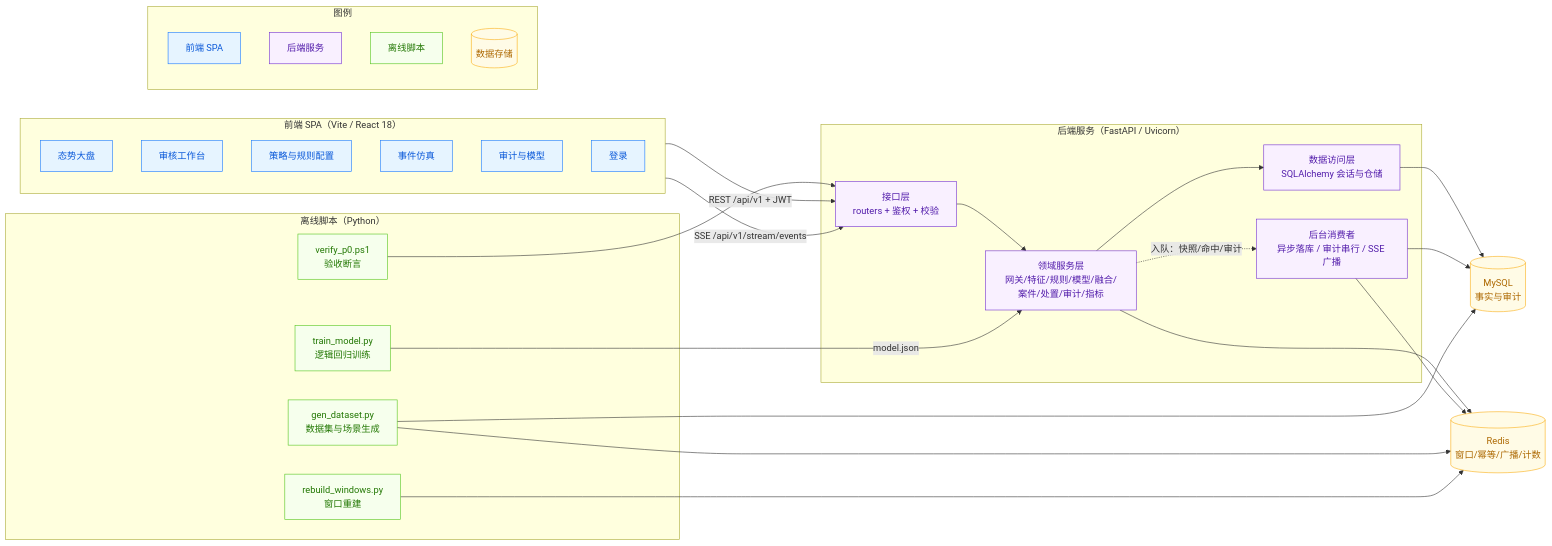
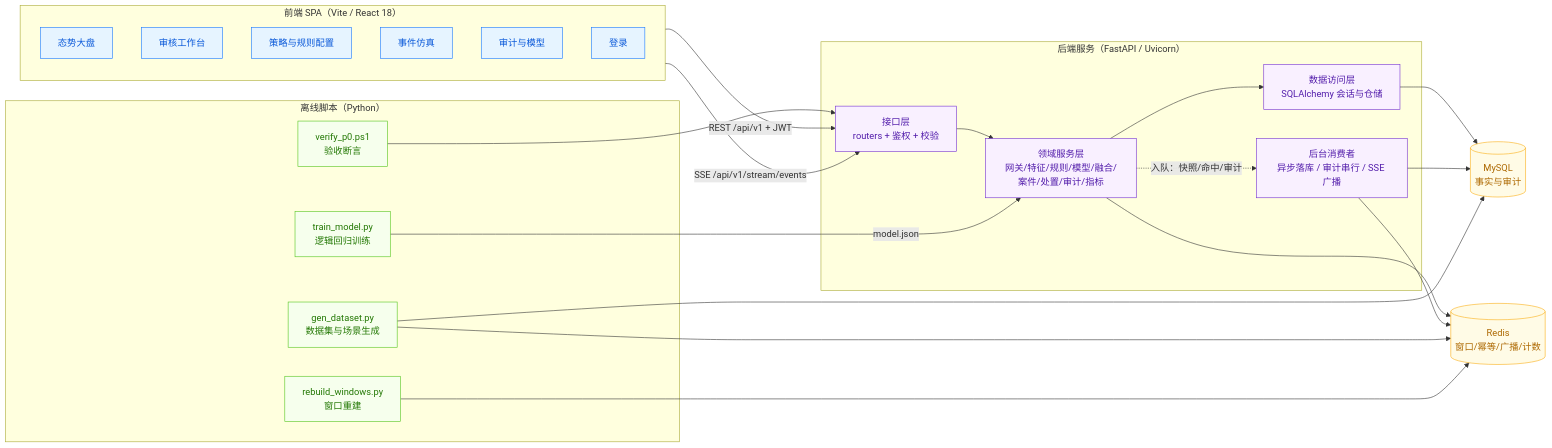
One commit to of53052/commerce-risk-control-system changed the third of 13 diagrams in docs/ARCHITECTURE.md. Above: the diagram before and after it, drawn with Mermaid. The commit also changed other lines of this file and 1 other file, not shown here.

Commit message:
docs: 图例统一到配色规范表，移除图内图例子图（确保单图节点数不超上限）

````diff
--- a/docs/ARCHITECTURE.md
+++ b/docs/ARCHITECTURE.md
@@ -137,57 +138,50 @@
 ```mermaid
 flowchart LR
   subgraph fe["前端 SPA（Vite / React 18）"]
     P1["态势大盘"]
     P2["审核工作台"]
     P3["策略与规则配置"]
     P4["事件仿真"]
     P5["审计与模型"]
     P0["登录"]
   end
 
   subgraph be["后端服务（FastAPI / Uvicorn）"]
     API["接口层<br/>routers + 鉴权 + 校验"]
     SVC["领域服务层<br/>网关/特征/规则/模型/融合/案件/处置/审计/指标"]
     REPO["数据访问层<br/>SQLAlchemy 会话与仓储"]
     BG["后台消费者<br/>异步落库 / 审计串行 / SSE 广播"]
   end
 
   subgraph job["离线脚本（Python）"]
     GEN["gen_dataset.py<br/>数据集与场景生成"]
     TRAIN["train_model.py<br/>逻辑回归训练"]
     REB["rebuild_windows.py<br/>窗口重建"]
     VER["verify_p0.ps1<br/>验收断言"]
   end
 
   DB[("MySQL<br/>事实与审计")]
   RDS[("Redis<br/>窗口/幂等/广播/计数")]
 
   fe -->|"REST /api/v1 + JWT"| API
   fe -->|"SSE /api/v1/stream/events"| API
   API --> SVC --> REPO --> DB
   SVC --> RDS
   BG --> DB
   BG --> RDS
   SVC -.->|"入队：快照/命中/审计"| BG
   GEN --> DB
   GEN --> RDS
   TRAIN -->|"model.json"| SVC
   REB --> RDS
   VER --> API
 
-  subgraph legend["图例"]
-    LEG_FE["前端 SPA"]
-    LEG_BE["后端服务"]
-    LEG_JOB["离线脚本"]
-    LEG_STORE[("数据存储")]
-  end
-
   classDef fe fill:#e6f4ff,stroke:#1677ff,color:#0958d9
   classDef be fill:#f9f0ff,stroke:#722ed1,color:#531dab
   classDef job fill:#f6ffed,stroke:#52c41a,color:#237804
   classDef store fill:#fffbe6,stroke:#faad14,color:#ad6800
-  class P0,P1,P2,P3,P4,P5,LEG_FE fe
-  class API,SVC,REPO,BG,LEG_BE be
-  class GEN,TRAIN,REB,VER,LEG_JOB job
-  class DB,RDS,LEG_STORE store
+  class P0,P1,P2,P3,P4,P5 fe
+  class API,SVC,REPO,BG be
+  class GEN,TRAIN,REB,VER job
+  class DB,RDS store
 ```
````
